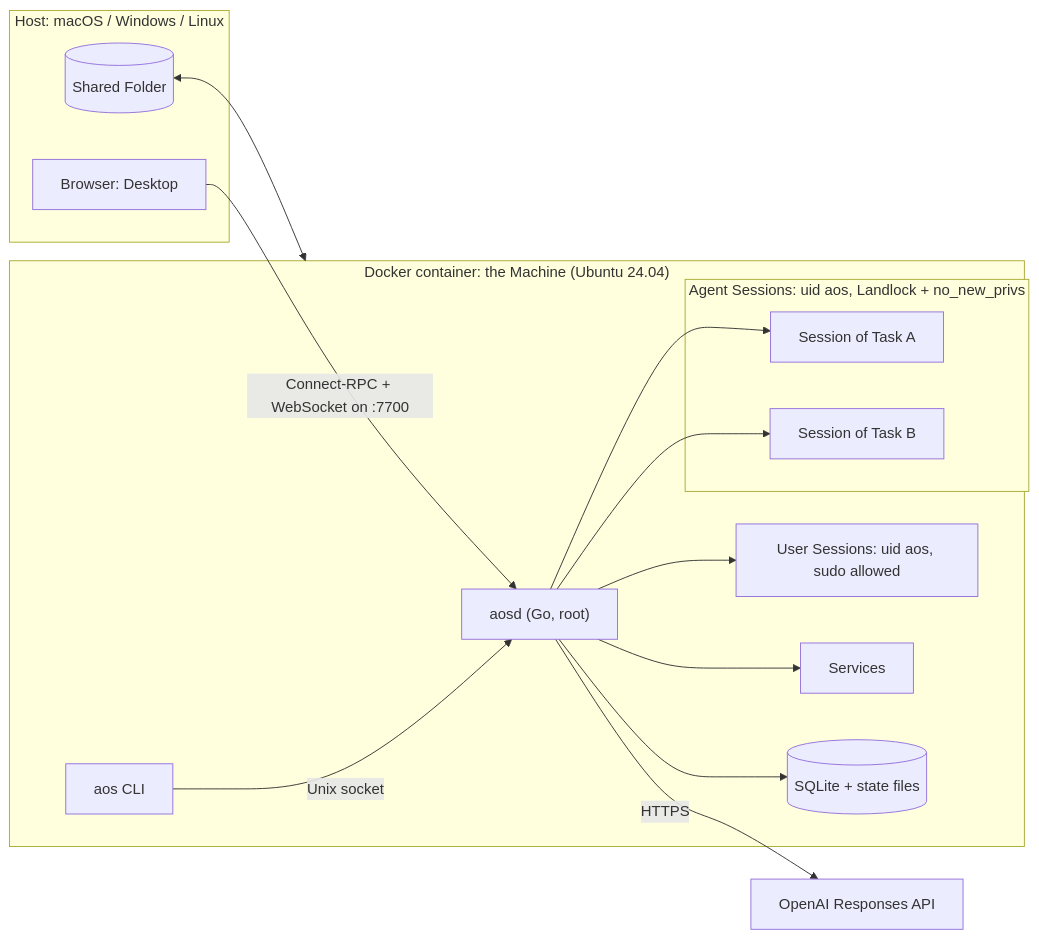
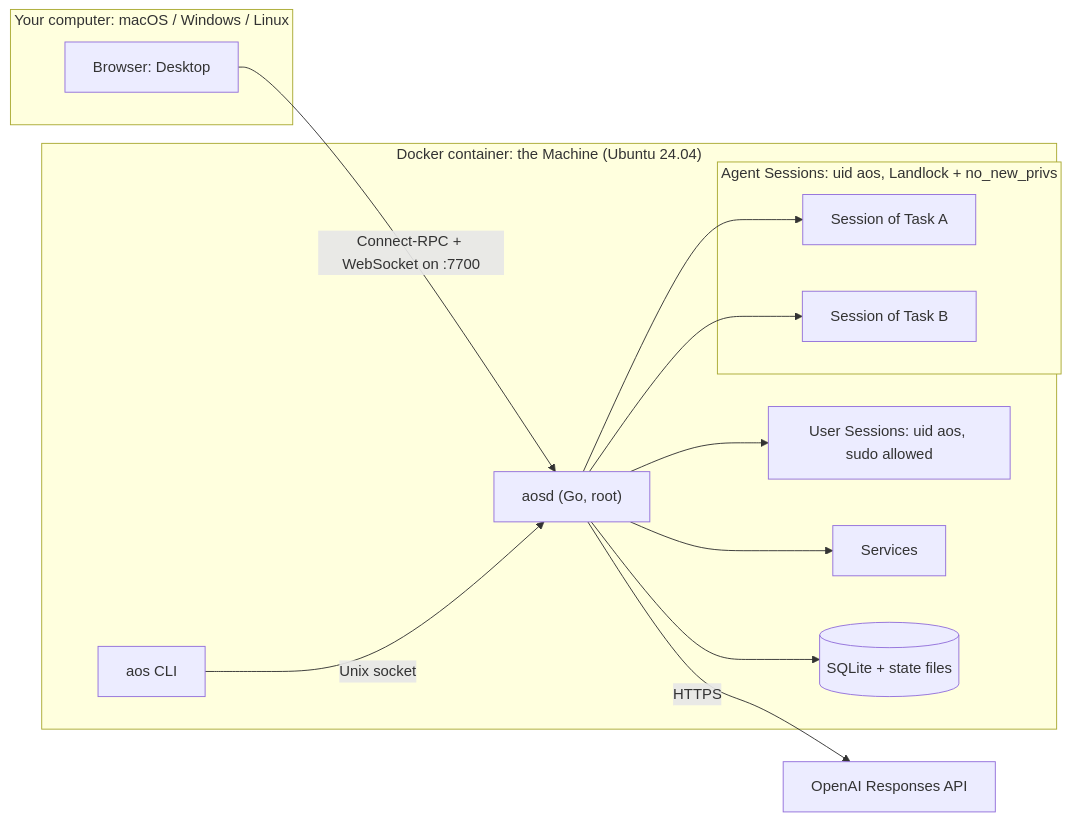
Before and after one commit to Aman123at/agentic-os: the first of 2 diagrams in docs/PLAN.md, drawn with Mermaid. The commit also changed other lines of this file and 9 other files, not shown here.

````diff
--- a/docs/PLAN.md
+++ b/docs/PLAN.md
@@ -39,28 +40,26 @@
 ```mermaid
 flowchart LR
-  subgraph Host["Host: macOS / Windows / Linux"]
+  subgraph Client["Your computer: macOS / Windows / Linux"]
     BR["Browser: Desktop"]
-    SF[("Shared Folder")]
   end
   subgraph M["Docker container: the Machine (Ubuntu 24.04)"]
     D["aosd (Go, root)"]
     CLI["aos CLI"]
     subgraph AG["Agent Sessions: uid aos, Landlock + no_new_privs"]
       S1["Session of Task A"]
       S2["Session of Task B"]
     end
     US["User Sessions: uid aos, sudo allowed"]
     SV["Services"]
     DB[("SQLite + state files")]
   end
   OAI["OpenAI Responses API"]
   BR -- "Connect-RPC + WebSocket on :7700" --> D
   CLI -- "Unix socket" --> D
   D --> S1
   D --> S2
   D --> US
   D --> SV
   D --> DB
   D -- "HTTPS" --> OAI
-  SF <--> M
 ```
````
